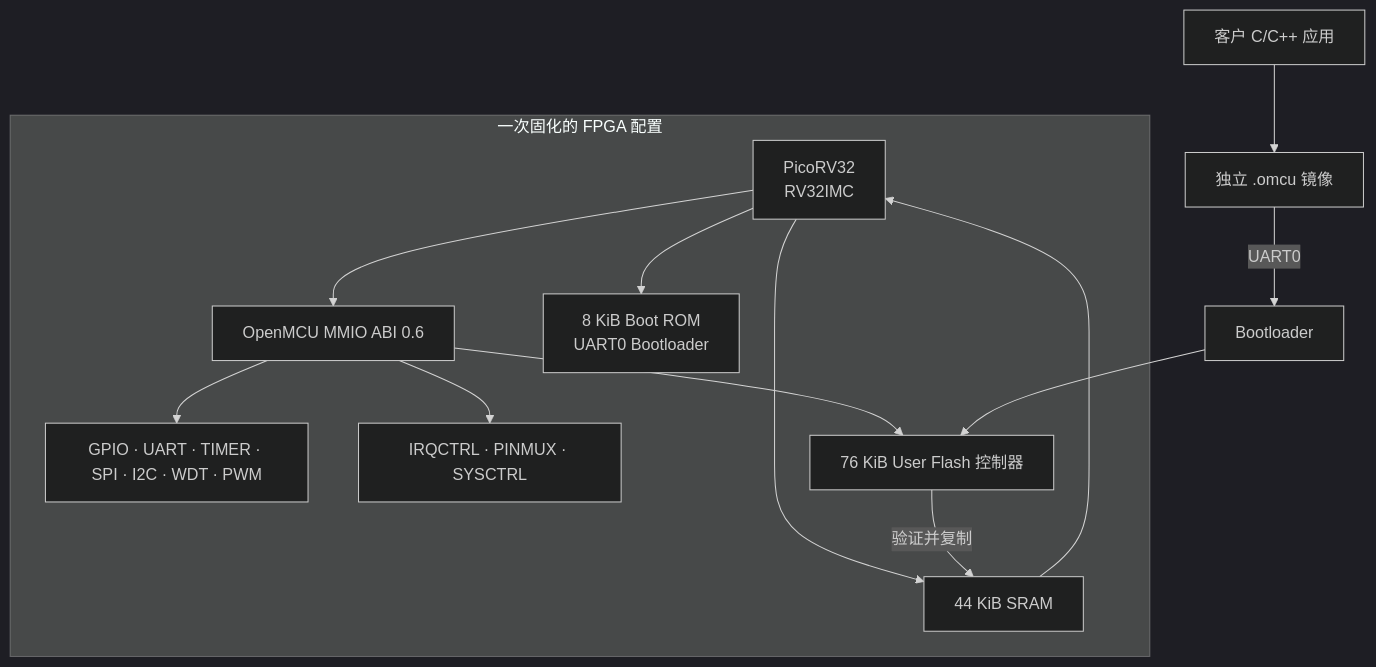
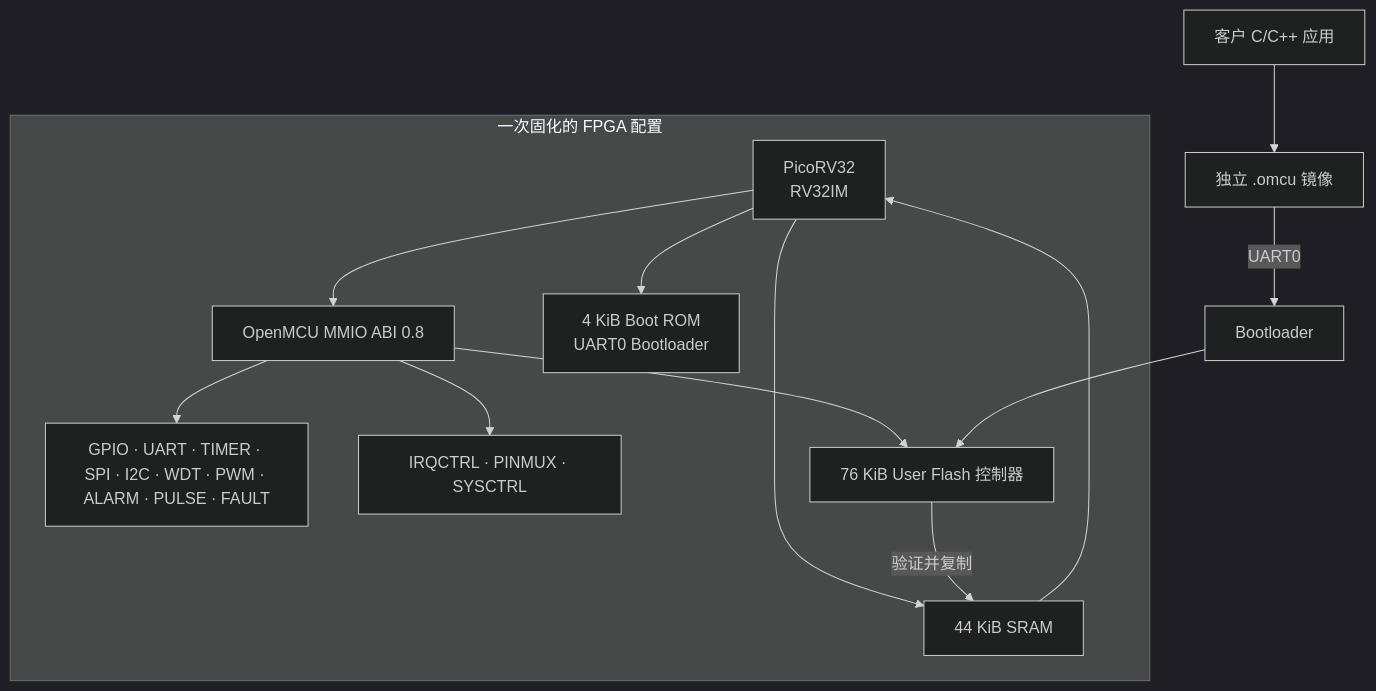
One commit to tianrking/OpenMCU-TN9K changed the first of 2 diagrams in docs/zh-CN/peripheral-pin-specification.md. Above: the diagram before and after it, drawn with Mermaid (dark theme). The commit also changed other lines of this file and 20 other files, not shown here.

````diff
--- a/docs/zh-CN/peripheral-pin-specification.md
+++ b/docs/zh-CN/peripheral-pin-specification.md
@@ -24,16 +24,16 @@
 ```mermaid
 flowchart TB
   subgraph BIT[一次固化的 FPGA 配置]
-    CPU[PicoRV32\nRV32IMC] --> MMIO[OpenMCU MMIO ABI 0.6]
-    CPU --> ROM[8 KiB Boot ROM\nUART0 Bootloader]
+    CPU[PicoRV32\nRV32IM] --> MMIO[OpenMCU MMIO ABI 0.8]
+    CPU --> ROM[4 KiB Boot ROM\nUART0 Bootloader]
     CPU --> SRAM[44 KiB SRAM]
-    MMIO --> P[GPIO · UART · TIMER · SPI · I2C · WDT · PWM]
+    MMIO --> P[GPIO · UART · TIMER · SPI · I2C · WDT · PWM · ALARM · PULSE · FAULT]
     MMIO --> SYS[IRQCTRL · PINMUX · SYSCTRL]
     MMIO --> UF[76 KiB User Flash 控制器]
   end
   APP[客户 C/C++ 应用] --> IMG[独立 .omcu 镜像]
   IMG -->|UART0| BOOT[Bootloader]
   BOOT --> UF
   UF -->|验证并复制| SRAM
   SRAM --> CPU
 ```
````
